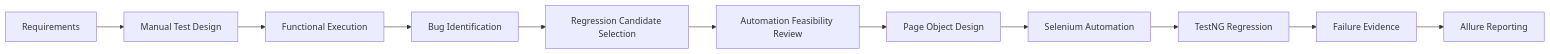
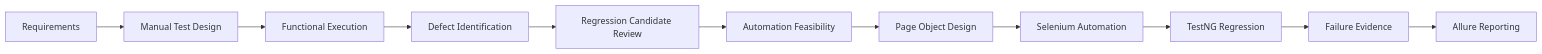
The third of 3 diagrams in README.md (AnudeepPaladugu/qa-automation-framework), drawn with Mermaid before and after one commit. The commit also changed other lines of this file and 192 other files, not shown here.

````diff
--- a/README.md
+++ b/README.md
@@ -307,13 +393,13 @@
 ```mermaid
 flowchart LR
     A["Requirements"] --> B["Manual Test Design"]
     B --> C["Functional Execution"]
-    C --> D["Bug Identification"]
-    D --> E["Regression Candidate Selection"]
-    E --> F["Automation Feasibility Review"]
+    C --> D["Defect Identification"]
+    D --> E["Regression Candidate Review"]
+    E --> F["Automation Feasibility"]
     F --> G["Page Object Design"]
     G --> H["Selenium Automation"]
     H --> I["TestNG Regression"]
     I --> J["Failure Evidence"]
     J --> K["Allure Reporting"]
 ```
````
